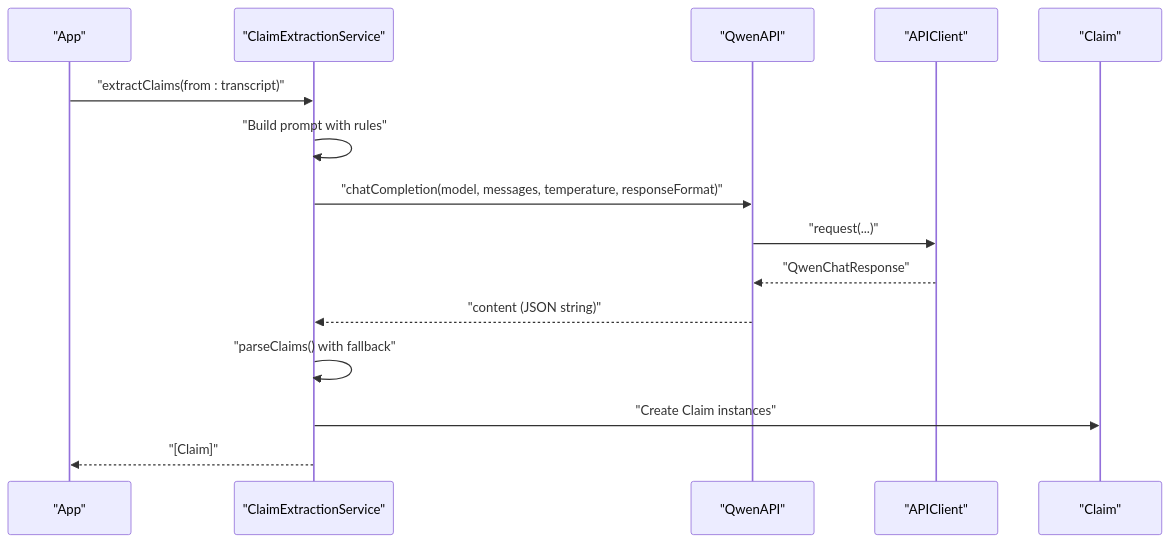
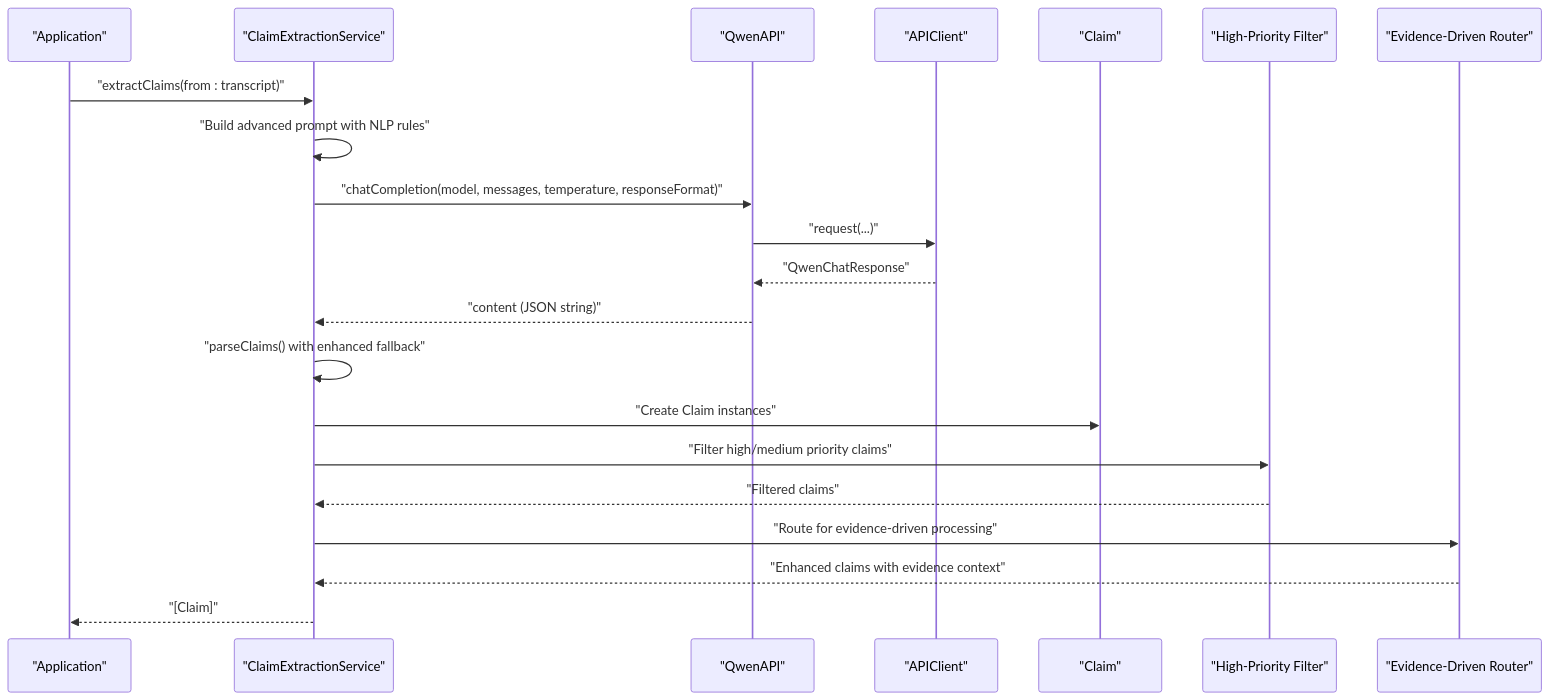
The second of 12 diagrams in .qoder/repowiki/en/content/Core Services/Claim Extraction.md (alexandreybasta-cyber/factshield-ios), drawn with Mermaid before and after one commit. The commit also changed other lines of this file and 97 other files, not shown here.

````diff
--- a/.qoder/repowiki/en/content/Core Services/Claim Extraction.md
+++ b/.qoder/repowiki/en/content/Core Services/Claim Extraction.md
@@ -105,17 +116,23 @@
 ```mermaid
 sequenceDiagram
-participant App as "App"
+participant App as "Application"
 participant CE as "ClaimExtractionService"
 participant QW as "QwenAPI"
 participant AC as "APIClient"
 participant CL as "Claim"
+participant HPF as "High-Priority Filter"
+participant EDR as "Evidence-Driven Router"
 App->>CE : "extractClaims(from : transcript)"
-CE->>CE : "Build prompt with rules"
+CE->>CE : "Build advanced prompt with NLP rules"
 CE->>QW : "chatCompletion(model, messages, temperature, responseFormat)"
 QW->>AC : "request(...)"
 AC-->>QW : "QwenChatResponse"
 QW-->>CE : "content (JSON string)"
-CE->>CE : "parseClaims() with fallback"
+CE->>CE : "parseClaims() with enhanced fallback"
 CE->>CL : "Create Claim instances"
+CE->>HPF : "Filter high/medium priority claims"
+HPF-->>CE : "Filtered claims"
+CE->>EDR : "Route for evidence-driven processing"
+EDR-->>CE : "Enhanced claims with evidence context"
 CE-->>App : "[Claim]"
 ```
````
